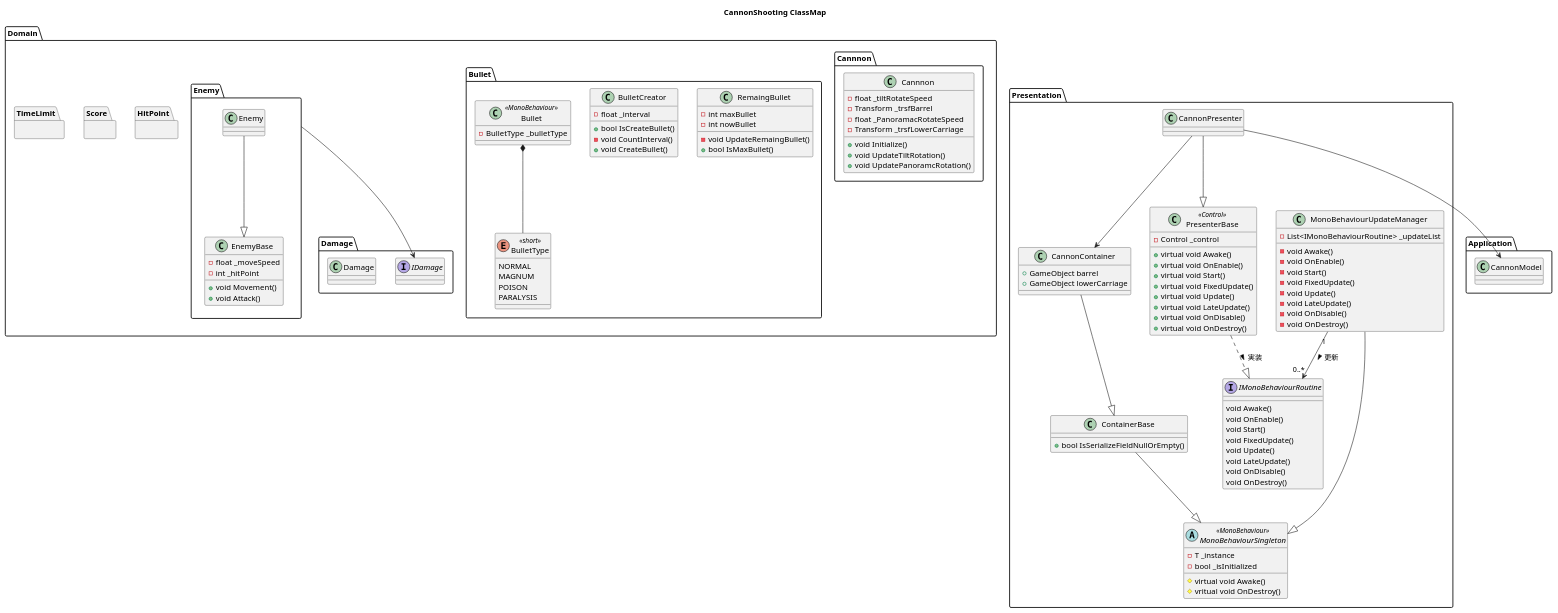
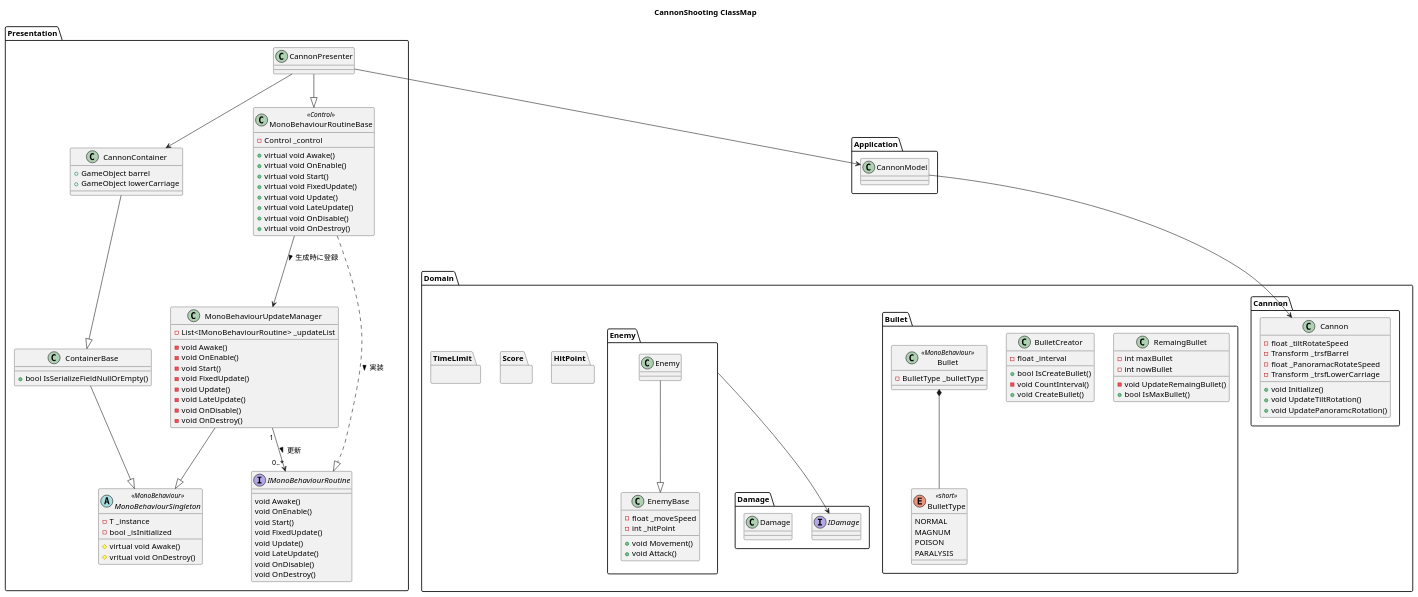
One commit to 96LENS/CanonnShooting changed the diagram in StructureDiagram/ClassDiagram.pu. Above: the diagram before and after it, drawn with PlantUML. The commit also changed 19 other files, not shown here.

```diff
--- a/StructureDiagram/ClassDiagram.pu
+++ b/StructureDiagram/ClassDiagram.pu
@@ -26,7 +26,7 @@
 
         '大砲の砲身 (垂直回転の制御)
         '大砲の礎台(水平方向の回転を制御)
-        class Cannnon{
+        class Cannon{
             - float _tiltRotateSpeed
             - Transform _trsfBarrel
             - float _PanoramacRotateSpeed
@@ -114,7 +114,7 @@
 ======================================================='/
 Package Application{
 
-    'キャノンのロジックモデル組み立て
+    'キャノンのロジックモデル組み立て(ロジック自体はDomain層で記載する)
     class CannonModel{
 
     }
@@ -174,7 +174,8 @@
     }
     CannonContainer --|> ContainerBase
 
-    class PresenterBase<<Control>>{
+    'ルーチンの基礎クラス、
+    class MonoBehaviourRoutineBase<<Control>>{
         - Control _control
         + virtual void Awake()
         + virtual void OnEnable()
@@ -187,17 +188,20 @@
 
 
     }
-    PresenterBase ..|> IMonoBehaviourRoutine : 実装 > 
+    MonoBehaviourRoutineBase ..|> IMonoBehaviourRoutine : 実装 > 
+    MonoBehaviourRoutineBase --> MonoBehaviourUpdateManager : 生成時に登録 > 
 
+    'キャノンの関係のUIと手続きの紐づけ
     class CannonPresenter{
 
     }
-    CannonPresenter --|> PresenterBase
+    CannonPresenter --|> MonoBehaviourRoutineBase
     CannonPresenter --> CannonContainer
 }
 
-'全体的な参照表現
 CannonPresenter --> CannonModel
+
+CannonModel --> Cannon
 
 'Q.GameObjectの生成はオブジェクト単位でまとめたほうがいいのではないか？
 @enduml
```
